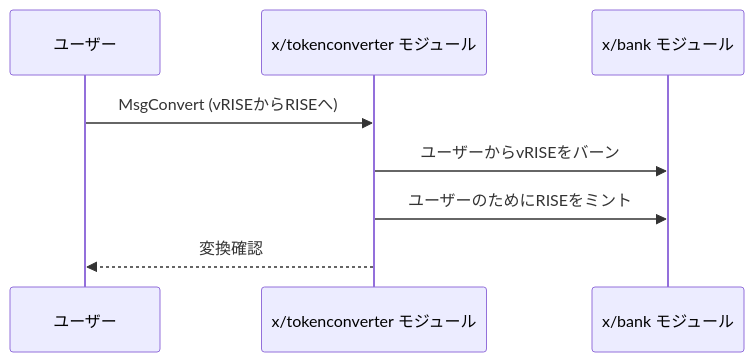
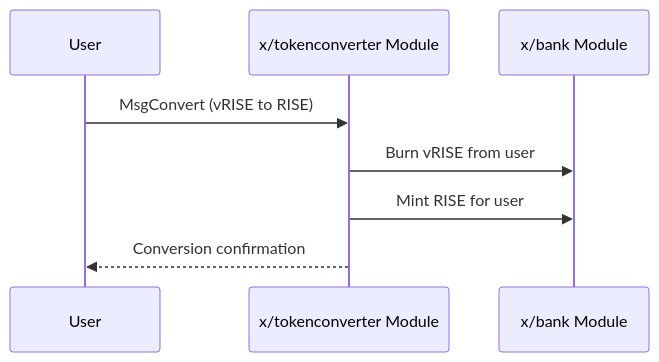
Before and after one commit to sunriselayer/gitbook: the diagram in ja/learn/sunrise/token-converter.md, drawn with Mermaid. The commit also changed 19 other files, not shown here.

````diff
--- a/ja/learn/sunrise/token-converter.md
+++ b/ja/learn/sunrise/token-converter.md
@@ -26,11 +26,11 @@
 ```mermaid
 sequenceDiagram
-    participant User as ユーザー
-    participant TokenConverterModule as x/tokenconverter モジュール
-    participant BankModule as x/bank モジュール
+    participant User as User
+    participant TokenConverterModule as x/tokenconverter Module
+    participant BankModule as x/bank Module
 
-    User->>TokenConverterModule: MsgConvert (vRISEからRISEへ)
-    TokenConverterModule->>BankModule: ユーザーからvRISEをバーン
-    TokenConverterModule->>BankModule: ユーザーのためにRISEをミント
-    TokenConverterModule-->>User: 変換確認
+    User->>TokenConverterModule: MsgConvert (vRISE to RISE)
+    TokenConverterModule->>BankModule: Burn vRISE from user
+    TokenConverterModule->>BankModule: Mint RISE for user
+    TokenConverterModule-->>User: Conversion confirmation
 ```
````
